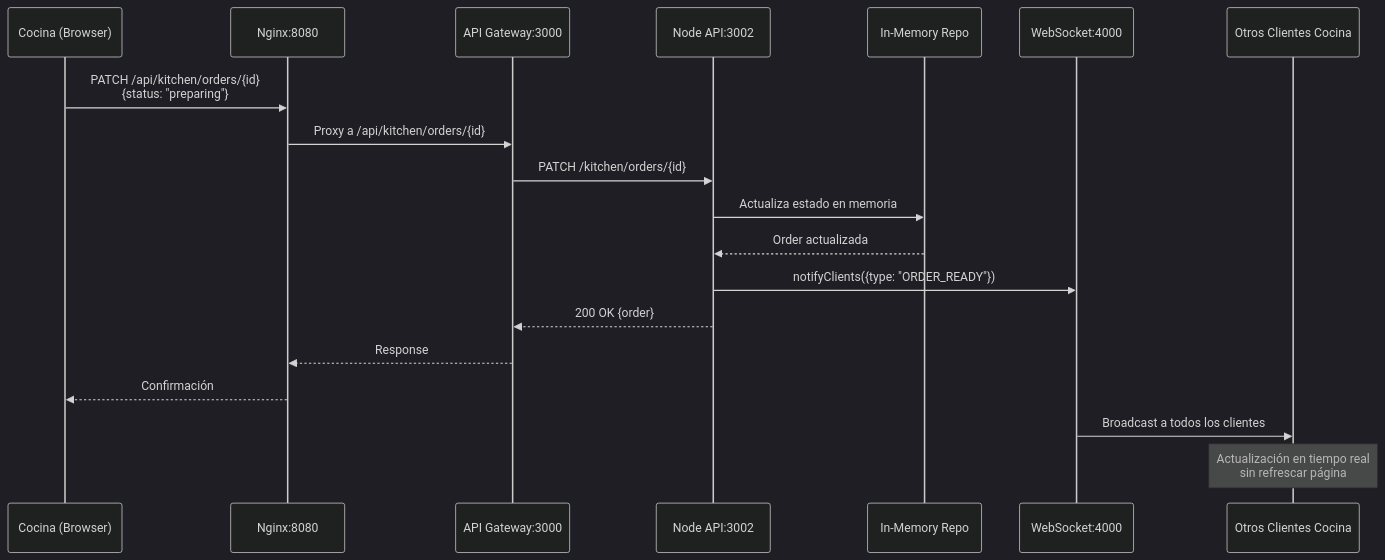
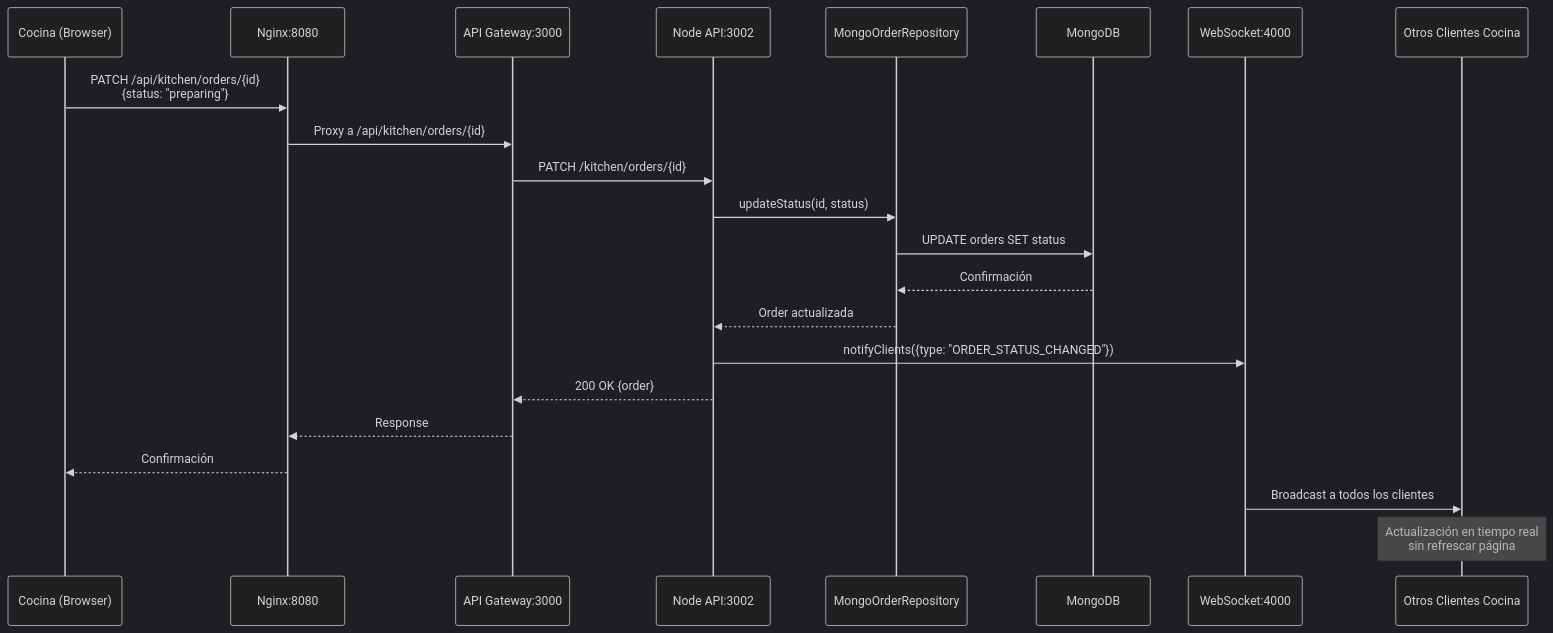
Before and after one commit to sofka-taller-4/sistema-de-pedidos-restaurante: the third of 5 diagrams in ARCHITECTURE_DIAGRAM.md, drawn with Mermaid (dark theme). The commit also changed other lines of this file and 3 other files, not shown here.

````diff
--- a/ARCHITECTURE_DIAGRAM.md
+++ b/ARCHITECTURE_DIAGRAM.md
@@ -165,26 +168,29 @@
 ```mermaid
 sequenceDiagram
     participant K as Cocina (Browser)
     participant N as Nginx:8080
     participant G as API Gateway:3000
     participant NodeAPI as Node API:3002
-    participant Repo as In-Memory Repo
+    participant Repo as MongoOrderRepository
+    participant DB as MongoDB
     participant WS as WebSocket:4000
     participant K2 as Otros Clientes Cocina
 
     K->>N: PATCH /api/kitchen/orders/{id}<br/>{status: "preparing"}
     N->>G: Proxy a /api/kitchen/orders/{id}
     G->>NodeAPI: PATCH /kitchen/orders/{id}
     
-    NodeAPI->>Repo: Actualiza estado en memoria
+    NodeAPI->>Repo: updateStatus(id, status)
+    Repo->>DB: UPDATE orders SET status
+    DB-->>Repo: Confirmación
     Repo-->>NodeAPI: Order actualizada
     
-    NodeAPI->>WS: notifyClients({type: "ORDER_READY"})
+    NodeAPI->>WS: notifyClients({type: "ORDER_STATUS_CHANGED"})
     NodeAPI-->>G: 200 OK {order}
     G-->>N: Response
     N-->>K: Confirmación
     
     WS->>K2: Broadcast a todos los clientes
     
     Note over K2: Actualización en tiempo real<br/>sin refrescar página
 ```
````
